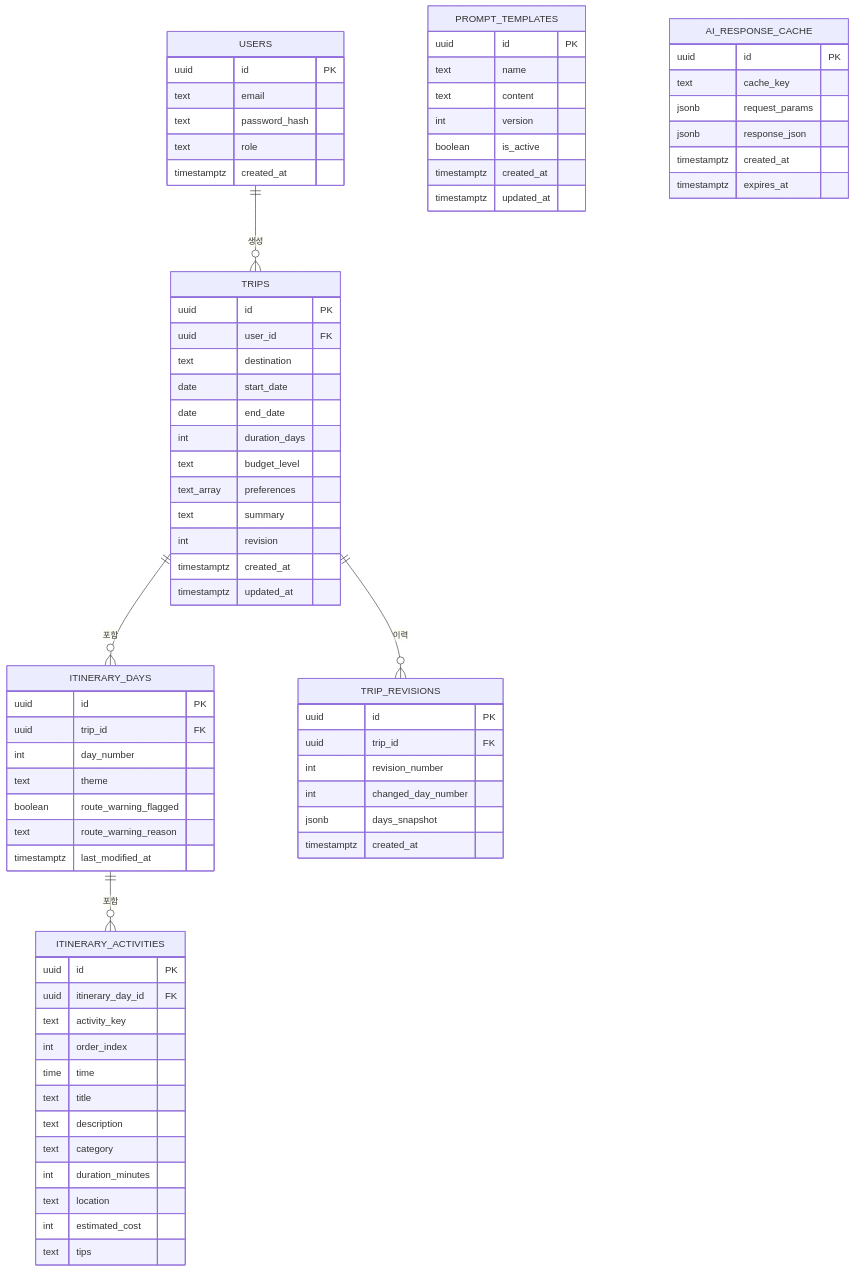
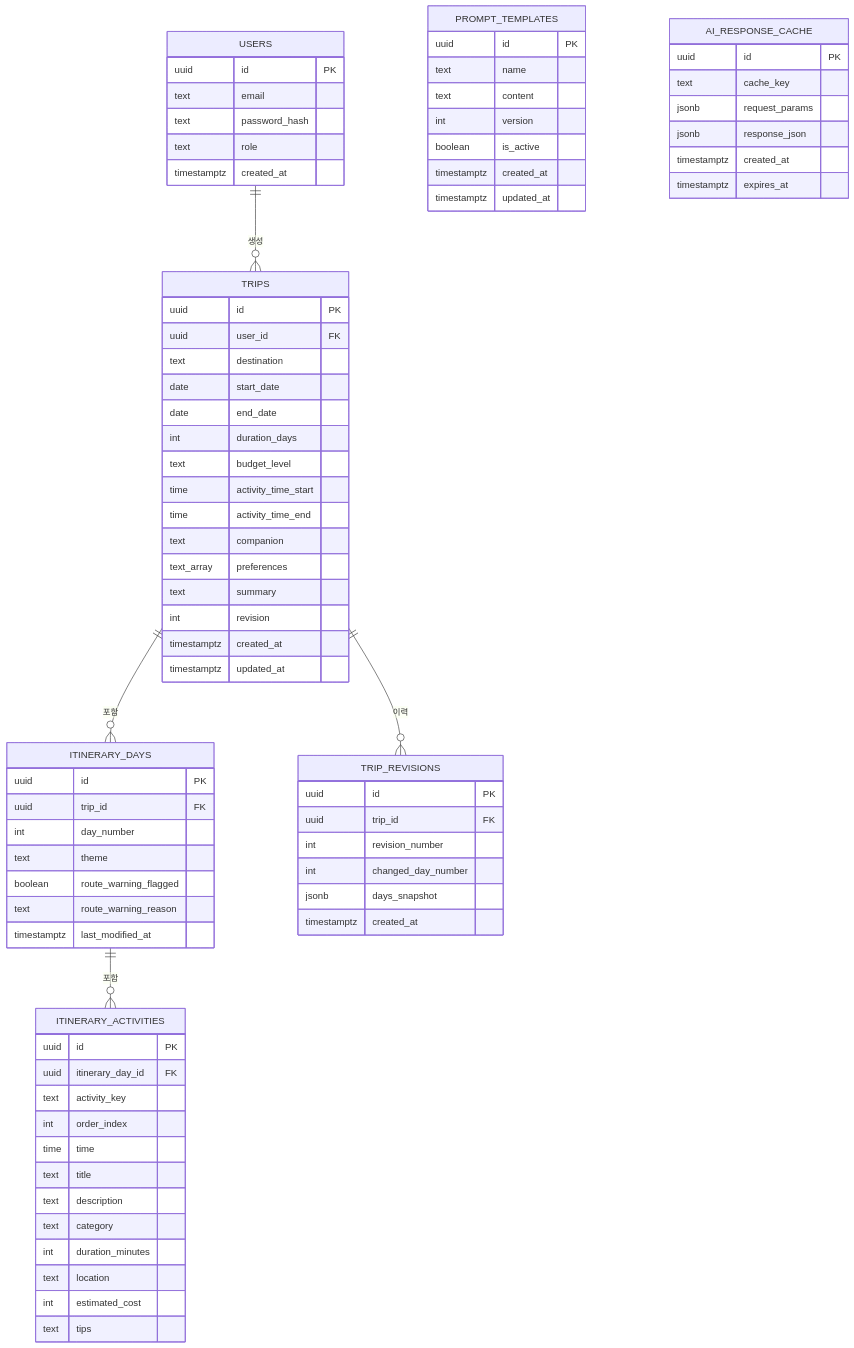
One commit to h62j8n/ai-travel-planner-v2 changed the diagram in docs/ERD_AI여행플래너.md. Above: the diagram before and after it, drawn with Mermaid. The commit also changed other lines of this file and 12 other files, not shown here.

````diff
--- a/docs/ERD_AI여행플래너.md
+++ b/docs/ERD_AI여행플래너.md
@@ -17,77 +17,80 @@
 ```mermaid
 erDiagram
     USERS ||--o{ TRIPS : "생성"
     TRIPS ||--o{ ITINERARY_DAYS : "포함"
     TRIPS ||--o{ TRIP_REVISIONS : "이력"
     ITINERARY_DAYS ||--o{ ITINERARY_ACTIVITIES : "포함"
 
     USERS {
         uuid id PK
         text email
         text password_hash
         text role
         timestamptz created_at
     }
     TRIPS {
         uuid id PK
         uuid user_id FK
         text destination
         date start_date
         date end_date
         int duration_days
         text budget_level
+        time activity_time_start
+        time activity_time_end
+        text companion
         text_array preferences
         text summary
         int revision
         timestamptz created_at
         timestamptz updated_at
     }
     ITINERARY_DAYS {
         uuid id PK
         uuid trip_id FK
         int day_number
         text theme
         boolean route_warning_flagged
         text route_warning_reason
         timestamptz last_modified_at
     }
     ITINERARY_ACTIVITIES {
         uuid id PK
         uuid itinerary_day_id FK
         text activity_key
         int order_index
         time time
         text title
         text description
         text category
         int duration_minutes
         text location
         int estimated_cost
         text tips
     }
     TRIP_REVISIONS {
         uuid id PK
         uuid trip_id FK
         int revision_number
         int changed_day_number
         jsonb days_snapshot
         timestamptz created_at
     }
     PROMPT_TEMPLATES {
         uuid id PK
         text name
         text content
         int version
         boolean is_active
         timestamptz created_at
         timestamptz updated_at
     }
     AI_RESPONSE_CACHE {
         uuid id PK
         text cache_key
         jsonb request_params
         jsonb response_json
         timestamptz created_at
         timestamptz expires_at
     }
 ```
````
